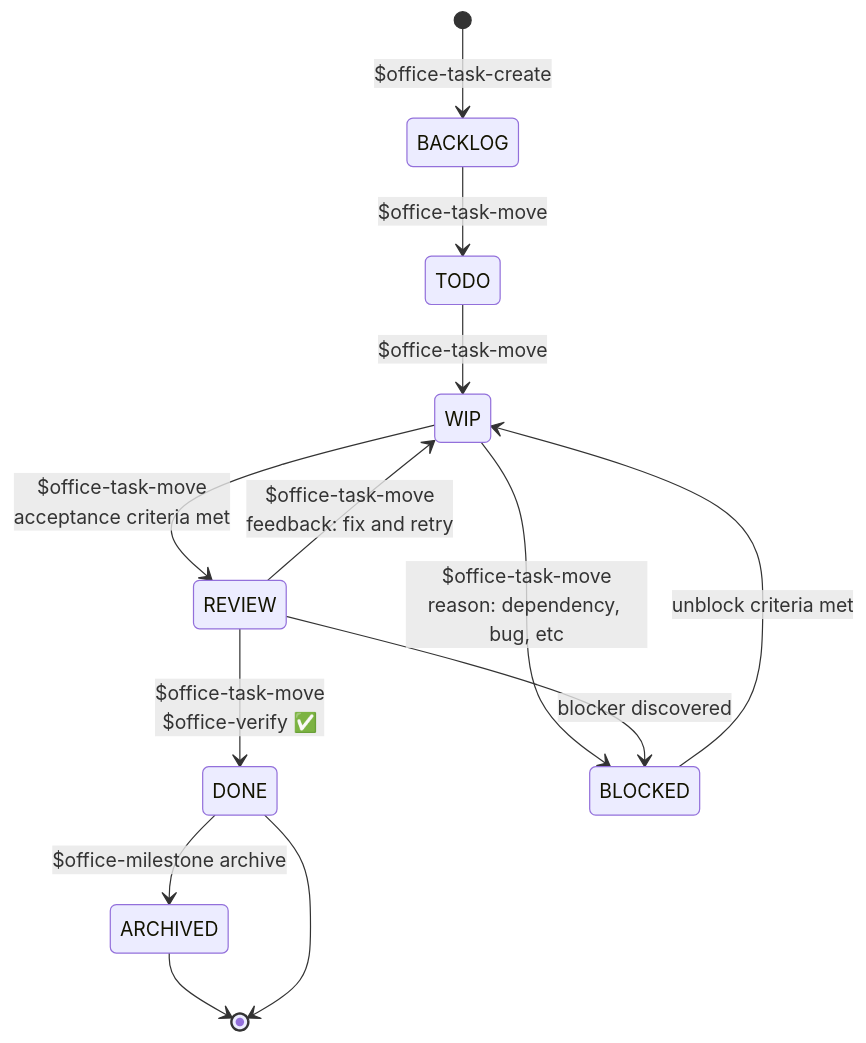
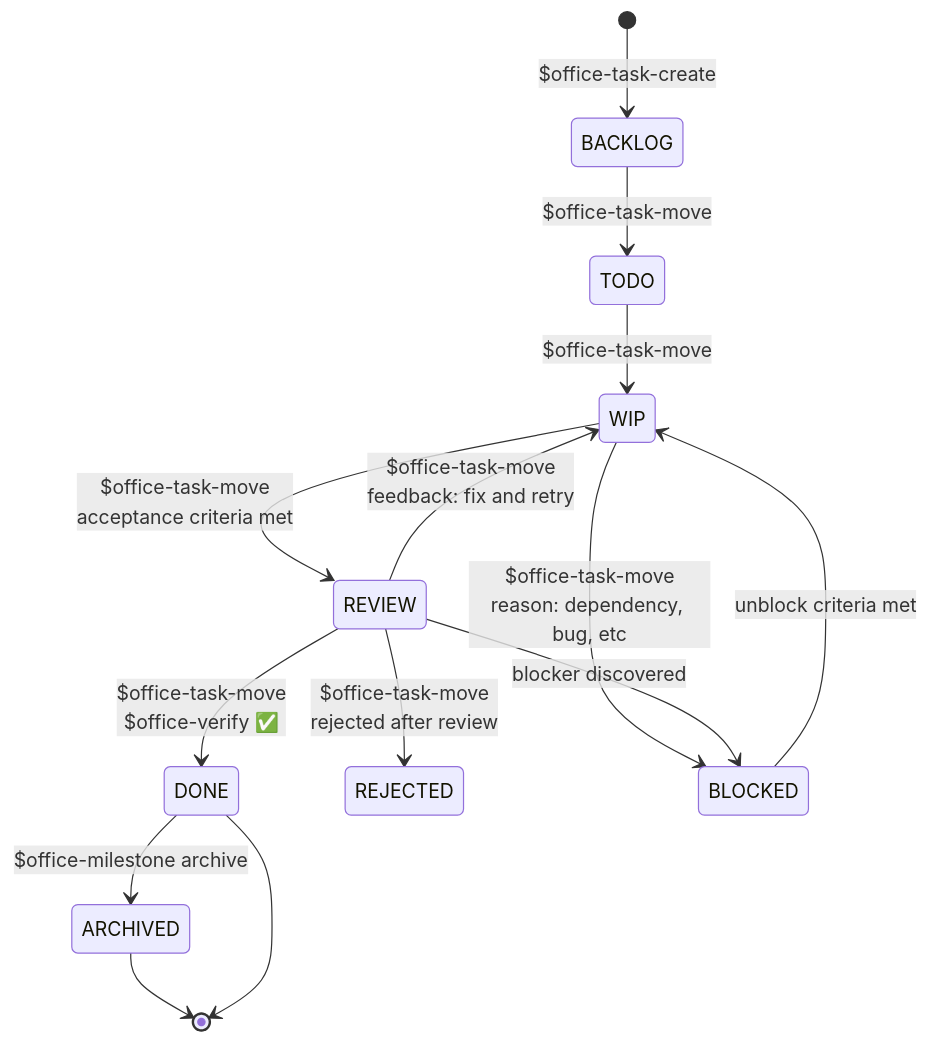
One commit to avalla/ai-office changed the fifth of 11 diagrams in README.md. Above: the diagram before and after it, drawn with Mermaid. The commit also changed other lines of this file and 20 other files, not shown here.

````diff
--- a/README.md
+++ b/README.md
@@ -468,21 +479,22 @@
 ```mermaid
 stateDiagram-v2
     [*] --> BACKLOG: $office-task-create
 
     BACKLOG --> TODO: $office-task-move
     TODO --> WIP: $office-task-move
 
     WIP --> REVIEW: $office-task-move<br/>acceptance criteria met
 
     REVIEW --> DONE: $office-task-move<br/>$office-verify ✅
     REVIEW --> WIP: $office-task-move<br/>feedback: fix and retry
+    REVIEW --> REJECTED: $office-task-move<br/>rejected after review
 
     DONE --> ARCHIVED: $office-milestone archive
 
     WIP --> BLOCKED: $office-task-move<br/>reason: dependency, bug, etc
     REVIEW --> BLOCKED: blocker discovered
     BLOCKED --> WIP: unblock criteria met
 
     ARCHIVED --> [*]
     DONE --> [*]
 ```
````
